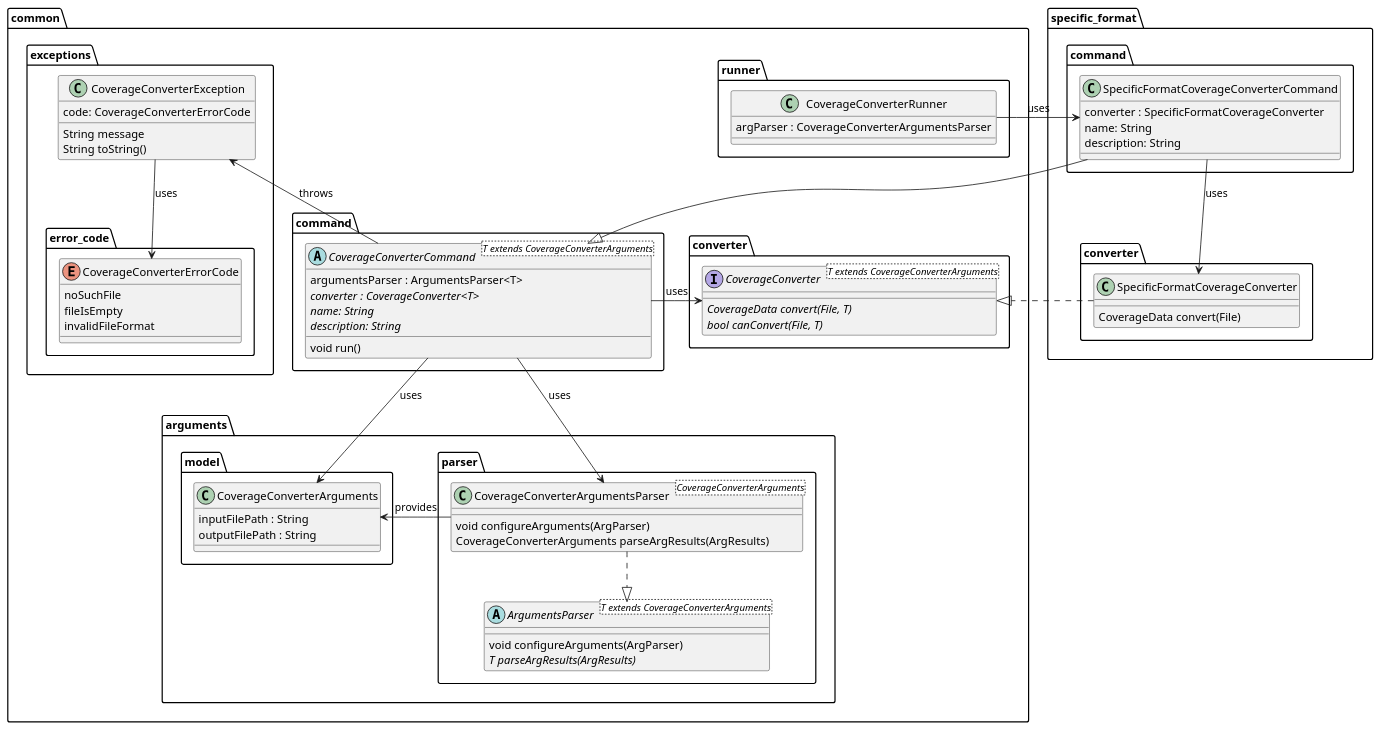
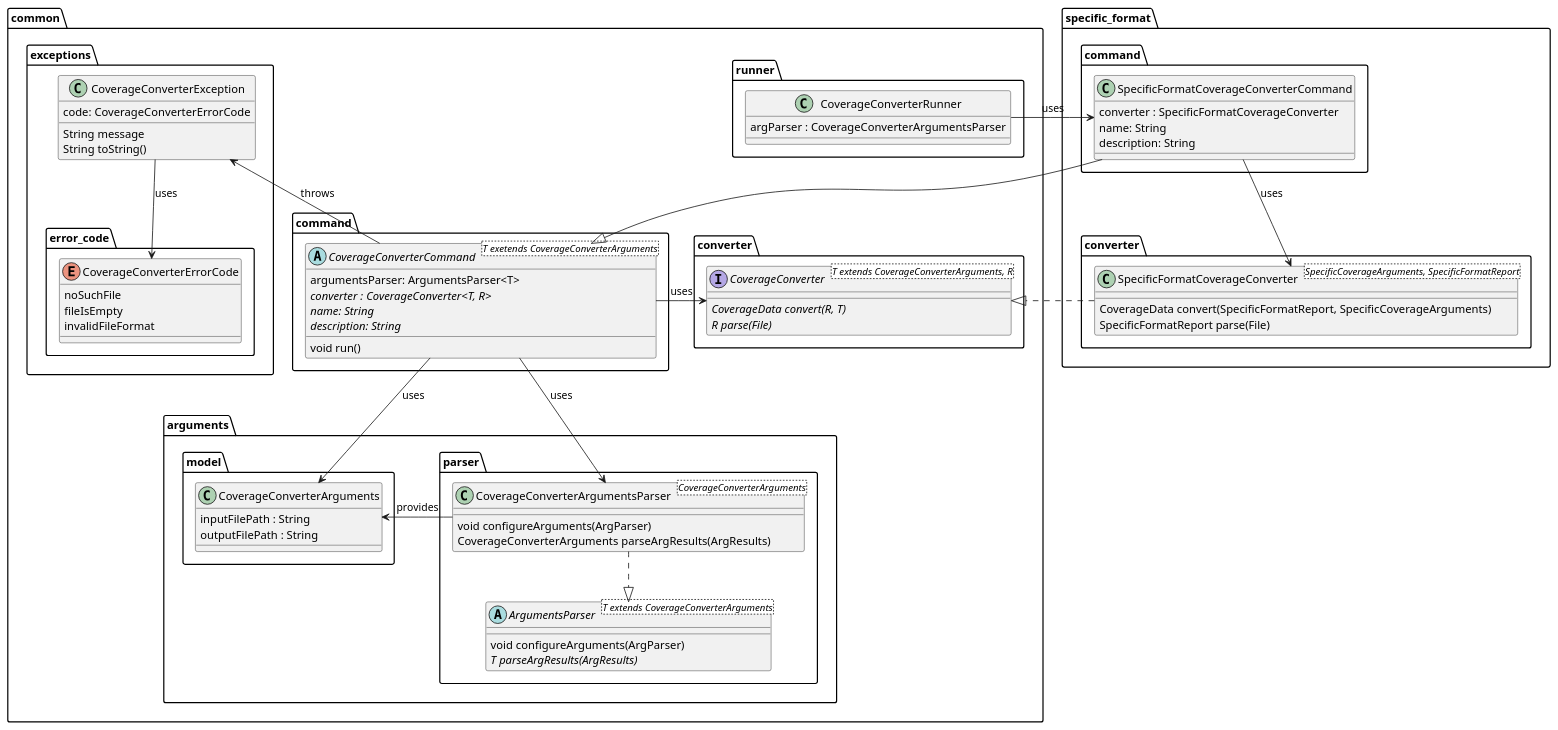
The diagram in metrics/coverage_converter/docs/diagrams/coverage_class_diagram.puml (Flank/flank-dashboard), drawn with PlantUML before and after one commit. The commit also changed 5 other files, not shown here.

First line of the commit message:
docs: CoverageConverter design improvement (#759)

```diff
--- a/metrics/coverage_converter/docs/diagrams/coverage_class_diagram.puml
+++ b/metrics/coverage_converter/docs/diagrams/coverage_class_diagram.puml
@@ -1,105 +1,106 @@
 @startuml coverage_class_diagram
 
 package common {
     package arguments {
         package model {
             class CoverageConverterArguments {
                 inputFilePath : String
                 outputFilePath : String
             }
         }
 
         package parser {
             class CoverageConverterArgumentsParser<CoverageConverterArguments> {
                 void configureArguments(ArgParser)
                 CoverageConverterArguments parseArgResults(ArgResults)
             }
             
             abstract ArgumentsParser<T extends CoverageConverterArguments> {
                 void configureArguments(ArgParser)
                 {abstract} T parseArgResults(ArgResults)
             }
         }
     }
 
 
     package command {
-        abstract CoverageConverterCommand<T extends CoverageConverterArguments> {
-            argumentsParser : ArgumentsParser<T>
-            {abstract} converter : CoverageConverter<T>
+        abstract CoverageConverterCommand<T exetends CoverageConverterArguments> {
+            argumentsParser: ArgumentsParser<T>
+            {abstract} converter : CoverageConverter<T, R>
             {abstract} name: String
             {abstract} description: String
             void run()
         }
     }
 
     package converter {
-        interface CoverageConverter<T extends CoverageConverterArguments> {
-            {abstract} CoverageData convert(File, T)
-            {abstract} bool canConvert(File, T)
+        interface CoverageConverter<T extends CoverageConverterArguments, R> {
+            {abstract} CoverageData convert(R, T)
+            {abstract} R parse(File)
         }
     }
 
 
     package runner {
         class CoverageConverterRunner {
             argParser : CoverageConverterArgumentsParser
         }
     }
 
     package exceptions {
         class CoverageConverterException{
             code: CoverageConverterErrorCode
             {method} String message
             String toString()
         }
 
 
         package error_code {
             enum CoverageConverterErrorCode {
                 noSuchFile
                 fileIsEmpty
                 invalidFileFormat
             }
         }
     }
 }
 
 package specific_format {
     package converter as specific_format.converter {
-        class SpecificFormatCoverageConverter {
-            CoverageData convert(File)
+        class SpecificFormatCoverageConverter<SpecificCoverageArguments, SpecificFormatReport> {
+            CoverageData convert(SpecificFormatReport, SpecificCoverageArguments)
+            SpecificFormatReport parse(File)
         }
     }
 
     package command as specific_format.command {
         class SpecificFormatCoverageConverterCommand {
             converter : SpecificFormatCoverageConverter
             name: String
             description: String
         }
     }
 }
 
 
 CoverageConverterRunner -right-> SpecificFormatCoverageConverterCommand : uses
 
 CoverageConverterArgumentsParser -left-> CoverageConverterArguments : provides
 CoverageConverterArgumentsParser ..|> ArgumentsParser
 
 
 SpecificFormatCoverageConverterCommand --> SpecificFormatCoverageConverter : uses
 SpecificFormatCoverageConverterCommand --|> CoverageConverterCommand
 
 SpecificFormatCoverageConverter .down.|> CoverageConverter
 
 CoverageConverterCommand --> CoverageConverterArguments : uses
 CoverageConverterCommand -left-> CoverageConverter : uses
 CoverageConverterCommand -up-> CoverageConverterException : throws
 CoverageConverterCommand --> CoverageConverterArgumentsParser : uses
 
 CoverageConverterException --> CoverageConverterErrorCode : uses
 
 
 
 @enduml
```
